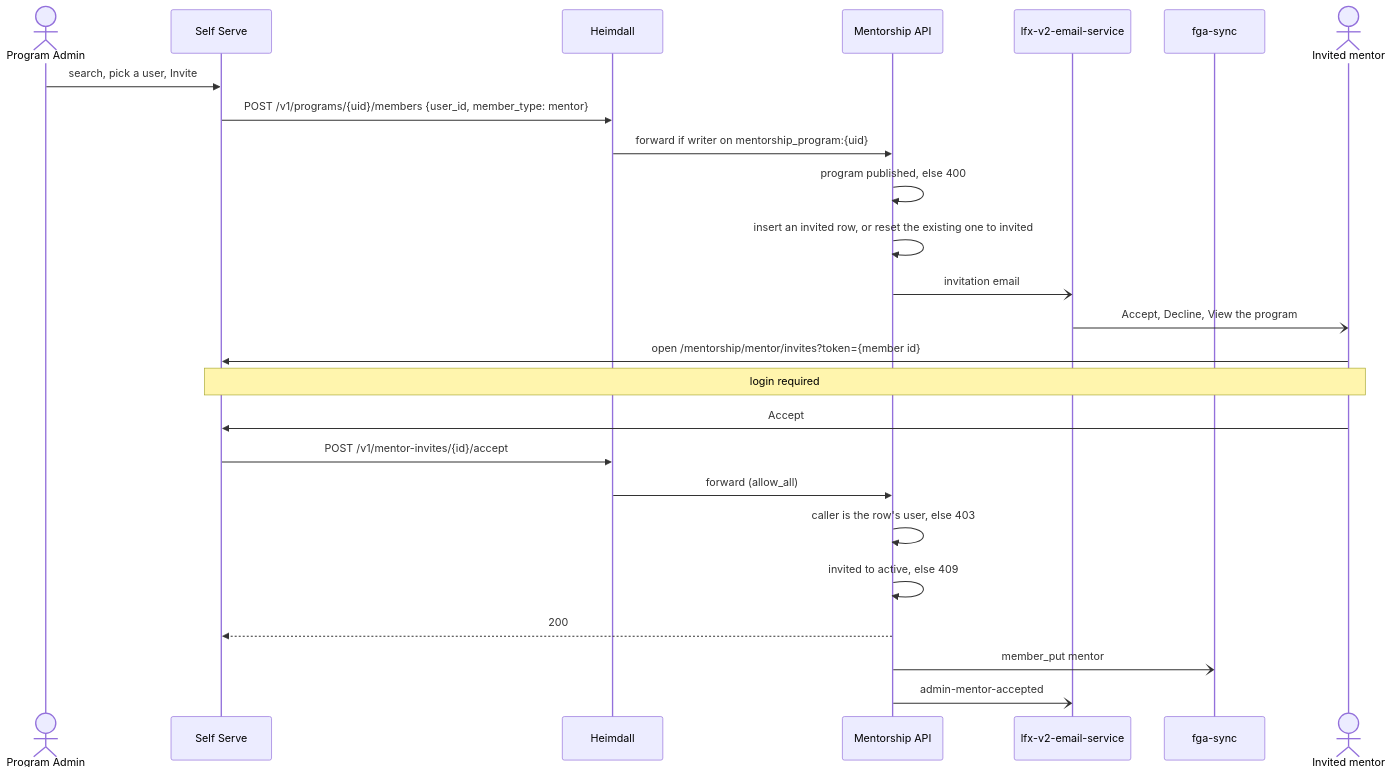
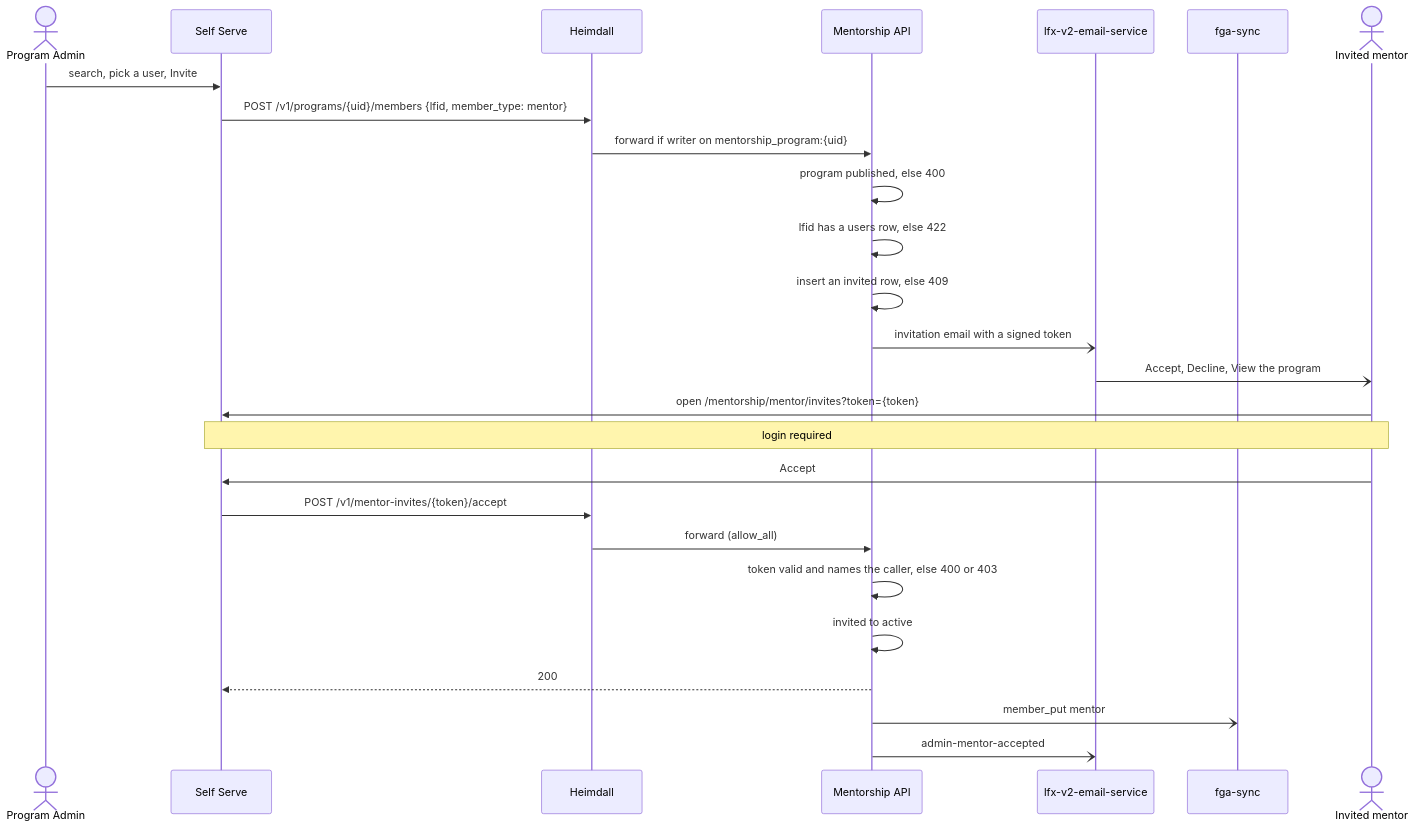
The first of 2 diagrams in docs/rewrite/08-mentor-invitations.md (linuxfoundation/lfx-mentorship), drawn with Mermaid before and after one commit. The commit also changed other lines of this file, not shown here.

First line of the commit message:
docs(rewrite): align mentor invitations with the invite-by-lfid flow

````diff
--- a/docs/rewrite/08-mentor-invitations.md
+++ b/docs/rewrite/08-mentor-invitations.md
@@ -79,28 +80,29 @@
 ```mermaid
 sequenceDiagram
     actor PA as Program Admin
     participant SS as Self Serve
     participant H as Heimdall
     participant API as Mentorship API
     participant E as lfx-v2-email-service
     participant S as fga-sync
     actor M as Invited mentor
 
     PA->>SS: search, pick a user, Invite
-    SS->>H: POST /v1/programs/{uid}/members {user_id, member_type: mentor}
+    SS->>H: POST /v1/programs/{uid}/members {lfid, member_type: mentor}
     H->>API: forward if writer on mentorship_program:{uid}
     API->>API: program published, else 400
-    API->>API: insert an invited row, or reset the existing one to invited
-    API-)E: invitation email
+    API->>API: lfid has a users row, else 422
+    API->>API: insert an invited row, else 409
+    API-)E: invitation email with a signed token
     E-)M: Accept, Decline, View the program
-    M->>SS: open /mentorship/mentor/invites?token={member id}
+    M->>SS: open /mentorship/mentor/invites?token={token}
     Note over M,SS: login required
     M->>SS: Accept
-    SS->>H: POST /v1/mentor-invites/{id}/accept
+    SS->>H: POST /v1/mentor-invites/{token}/accept
     H->>API: forward (allow_all)
-    API->>API: caller is the row's user, else 403
-    API->>API: invited to active, else 409
+    API->>API: token valid and names the caller, else 400 or 403
+    API->>API: invited to active
     API-->>SS: 200
     API-)S: member_put mentor
     API-)E: admin-mentor-accepted
 ```
````
